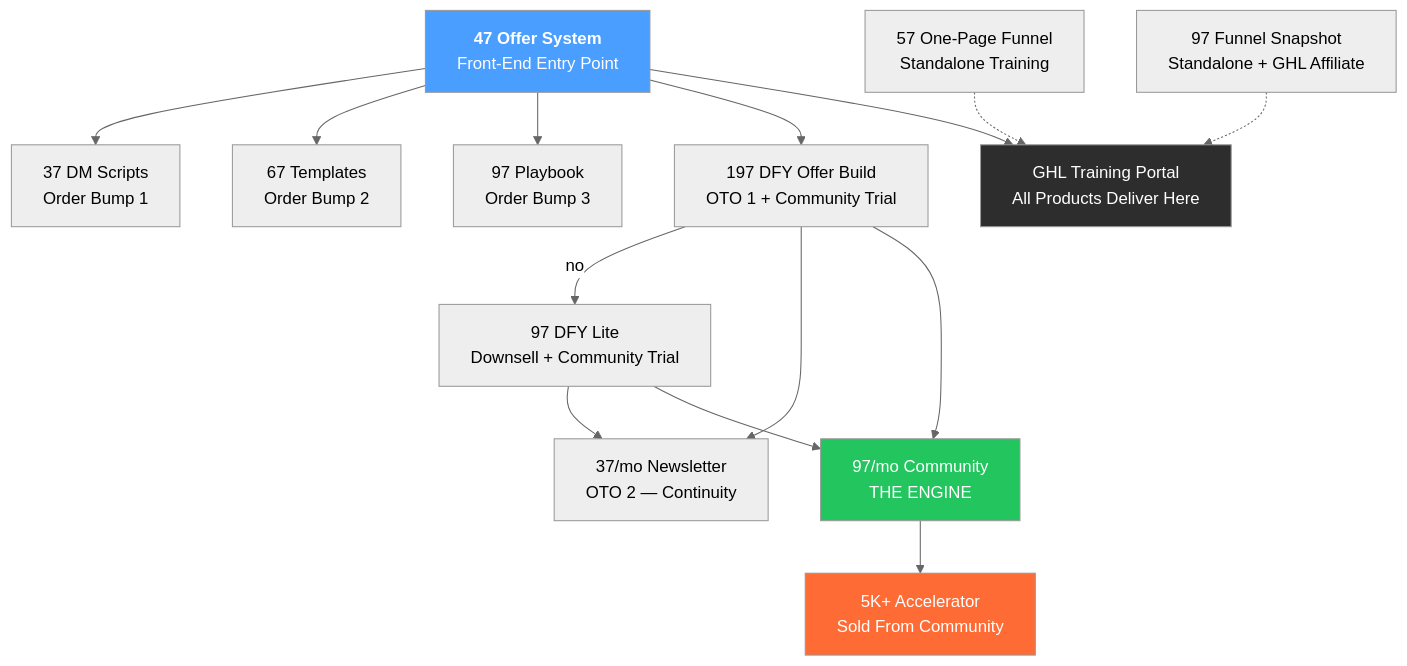
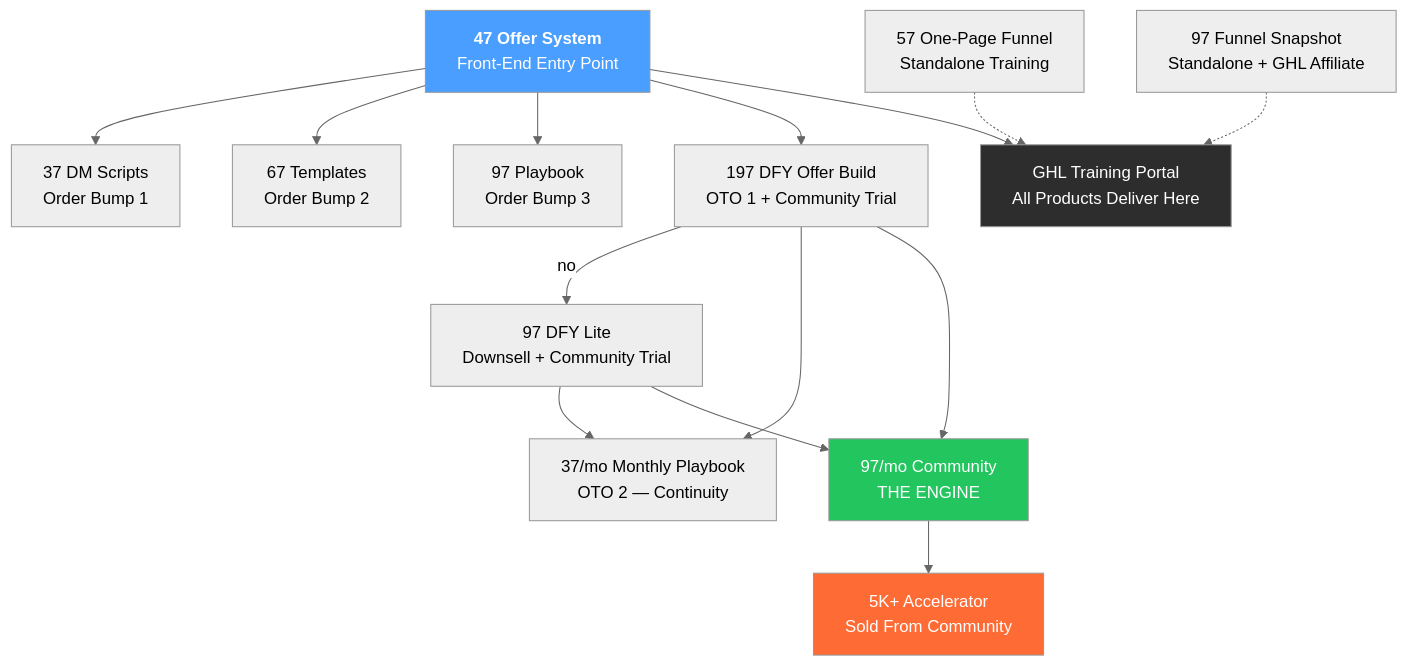
One commit to mike-scott-darwin/client-ready changed the diagram in reference/core/offer.md. Above: the diagram before and after it, drawn with Mermaid (neutral theme). The commit also changed other lines of this file and 1 other file, not shown here.

First line of the commit message:
[sync] Align offer.md + CLAUDE.md with live OTO1/OTO2 pages

````diff
--- a/reference/core/offer.md
+++ b/reference/core/offer.md
@@ -74,22 +74,22 @@
 ```mermaid
 graph TD
     FE["<b>47 Offer System</b><br/>Front-End Entry Point"] --> B1["37 DM Scripts<br/>Order Bump 1"]
     FE --> B2["67 Templates<br/>Order Bump 2"]
     FE --> B3["97 Playbook<br/>Order Bump 3"]
     FE --> DFY["197 DFY Offer Build<br/>OTO 1 + Community Trial"]
     DFY -->|no| DFYL["97 DFY Lite<br/>Downsell + Community Trial"]
-    DFY --> NL["37/mo Newsletter<br/>OTO 2 — Continuity"]
+    DFY --> NL["37/mo Monthly Playbook<br/>OTO 2 — Continuity"]
     DFYL --> NL
     DFY --> COM["97/mo Community<br/>THE ENGINE"]
     DFYL --> COM
     COM --> HT["5K+ Accelerator<br/>Sold From Community"]
 
     ST1["57 One-Page Funnel<br/>Standalone Training"] -.-> Portal
     ST2["97 Funnel Snapshot<br/>Standalone + GHL Affiliate"] -.-> Portal
     FE --> Portal["GHL Training Portal<br/>All Products Deliver Here"]
 
     style FE fill:#4a9eff,color:#fff
     style COM fill:#22c55e,color:#fff
     style HT fill:#ff6b35,color:#fff
     style Portal fill:#2d2d2d,color:#fff
 ```
````
